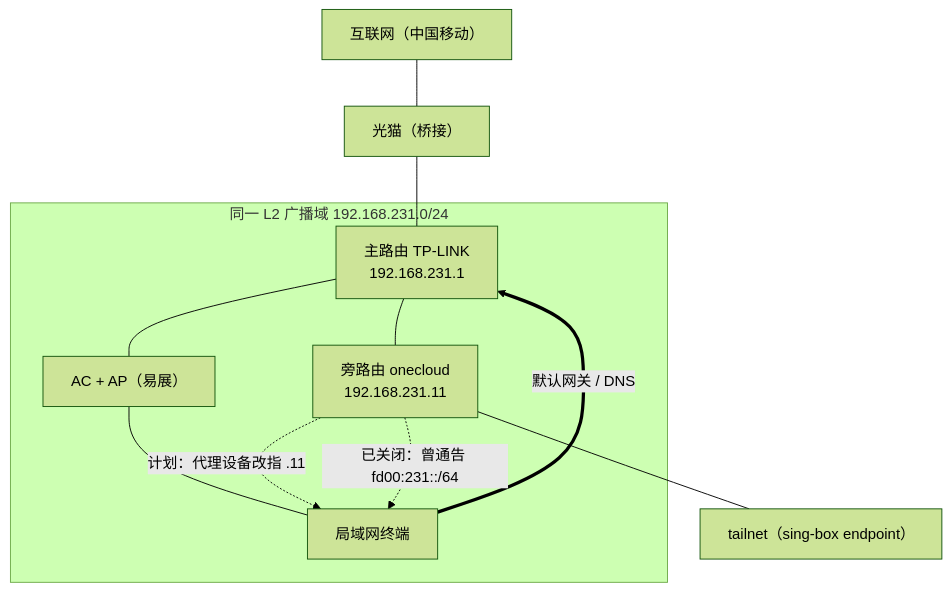
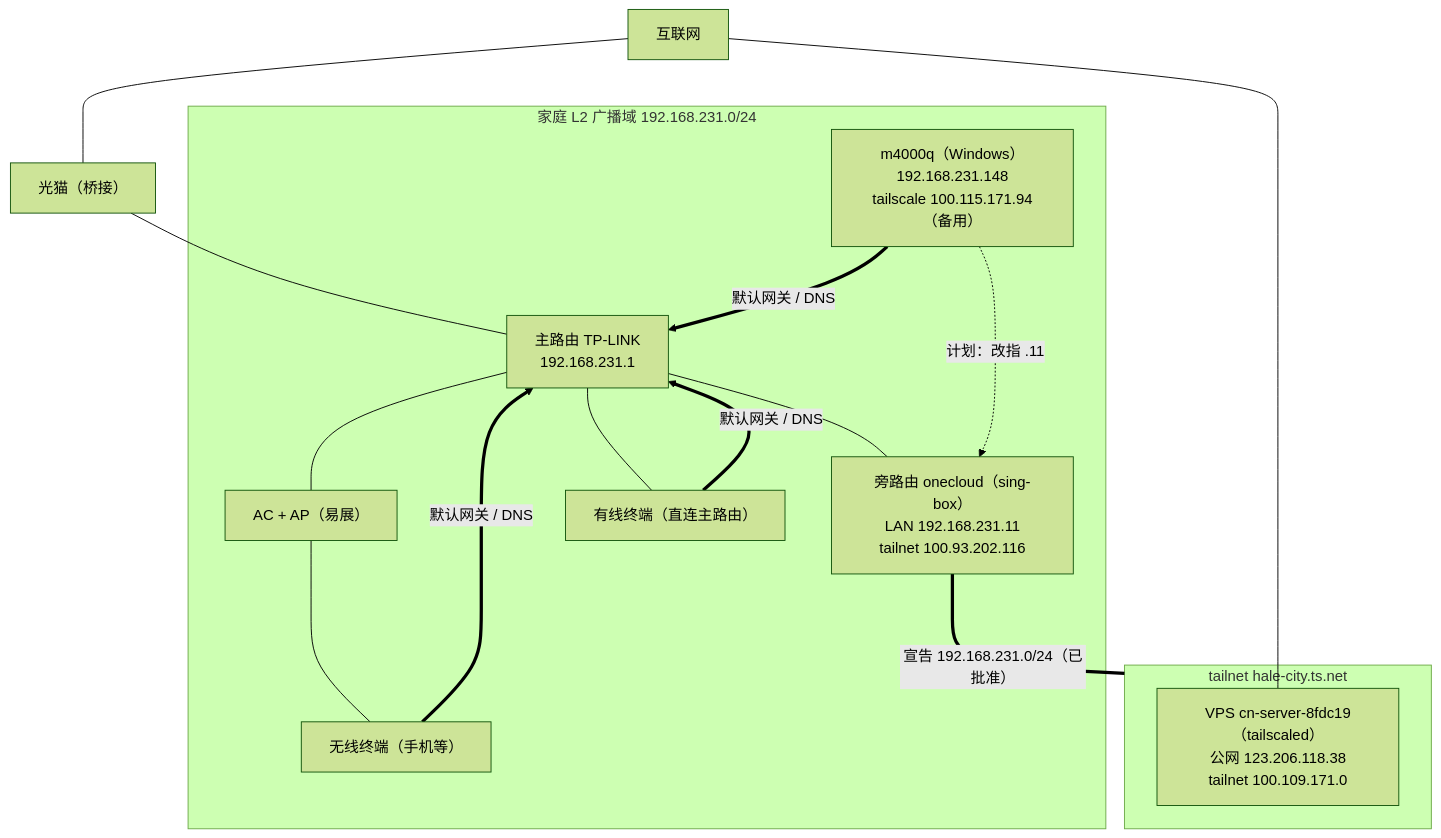
One commit to fbigun/home-231 changed the diagram in AGENTS.md. Above: the diagram before and after it, drawn with Mermaid (forest theme). The commit also changed other lines of this file and 4 other files, not shown here.

First line of the commit message:
docs: 拓扑图加 VPS 与终端分组，本机双路径（旁路由日常 + Tailscale 备用）

````diff
--- a/AGENTS.md
+++ b/AGENTS.md
@@ -5,22 +5,31 @@
 ```mermaid
 flowchart TB
-    WAN["互联网（中国移动）"]
+    WAN["互联网"]
     ONT["光猫（桥接）"]
 
-    subgraph L2["同一 L2 广播域 192.168.231.0/24"]
+    subgraph TAILNET["tailnet hale-city.ts.net"]
+        CN["VPS cn-server-8fdc19（tailscaled）<br/>公网 123.206.118.38<br/>tailnet 100.109.171.0"]
+    end
+
+    subgraph L2["家庭 L2 广播域 192.168.231.0/24"]
         MAIN["主路由 TP-LINK<br/>192.168.231.1"]
         AP["AC + AP（易展）"]
-        ONE["旁路由 onecloud<br/>192.168.231.11"]
-        DEV["局域网终端"]
+        ONE["旁路由 onecloud（sing-box）<br/>LAN 192.168.231.11<br/>tailnet 100.93.202.116"]
+        WIFI["无线终端（手机等）"]
+        WIRED["有线终端（直连主路由）"]
+        PC["m4000q（Windows）<br/>192.168.231.148<br/>tailscale 100.115.171.94（备用）"]
     end
 
-    TS["tailnet（sing-box endpoint）"]
-
-    WAN --- ONT --- MAIN
-    MAIN --- AP --- DEV
+    WAN --- ONT
+    ONT --- MAIN
+    MAIN --- AP
+    AP --- WIFI
+    MAIN --- WIRED
     MAIN --- ONE
-    DEV ==>|"默认网关 / DNS"| MAIN
-    ONE --- TS
-    ONE -.->|"计划：代理设备改指 .11"| DEV
-    ONE -.->|"已关闭：曾通告 fd00:231::/64"| DEV
+    WIFI ==>|"默认网关 / DNS"| MAIN
+    WIRED ==>|"默认网关 / DNS"| MAIN
+    PC ==>|"默认网关 / DNS"| MAIN
+    ONE ===|"宣告 192.168.231.0/24（已批准）"| TAILNET
+    CN --- WAN
+    PC -.->|"计划：改指 .11"| ONE
 ```
````
